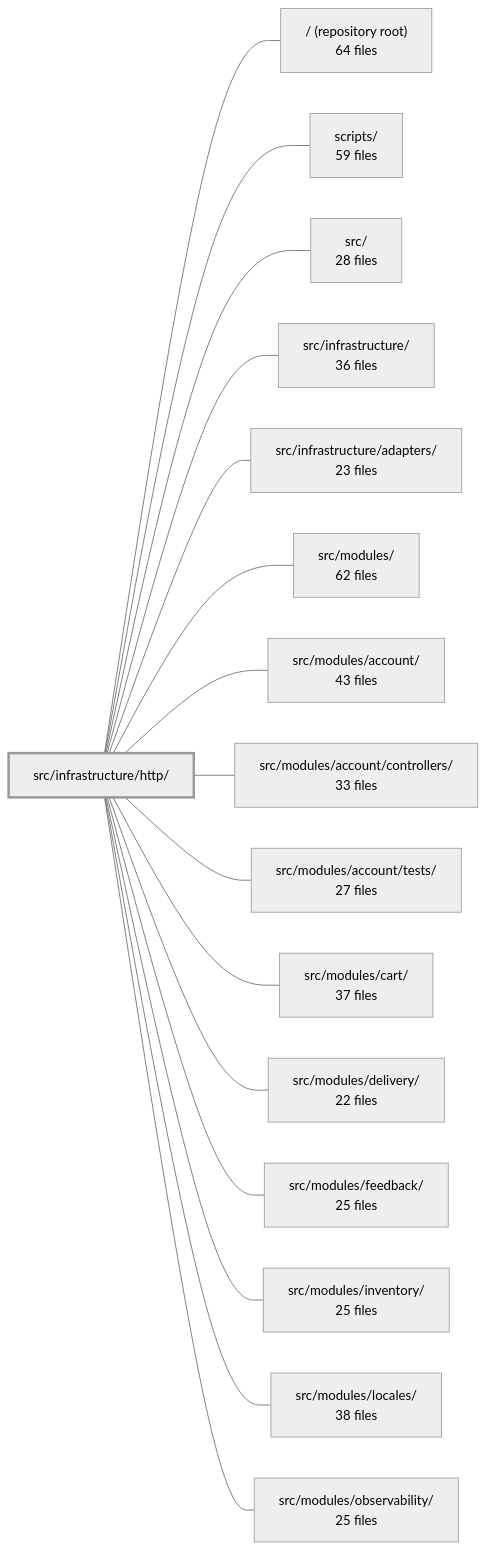
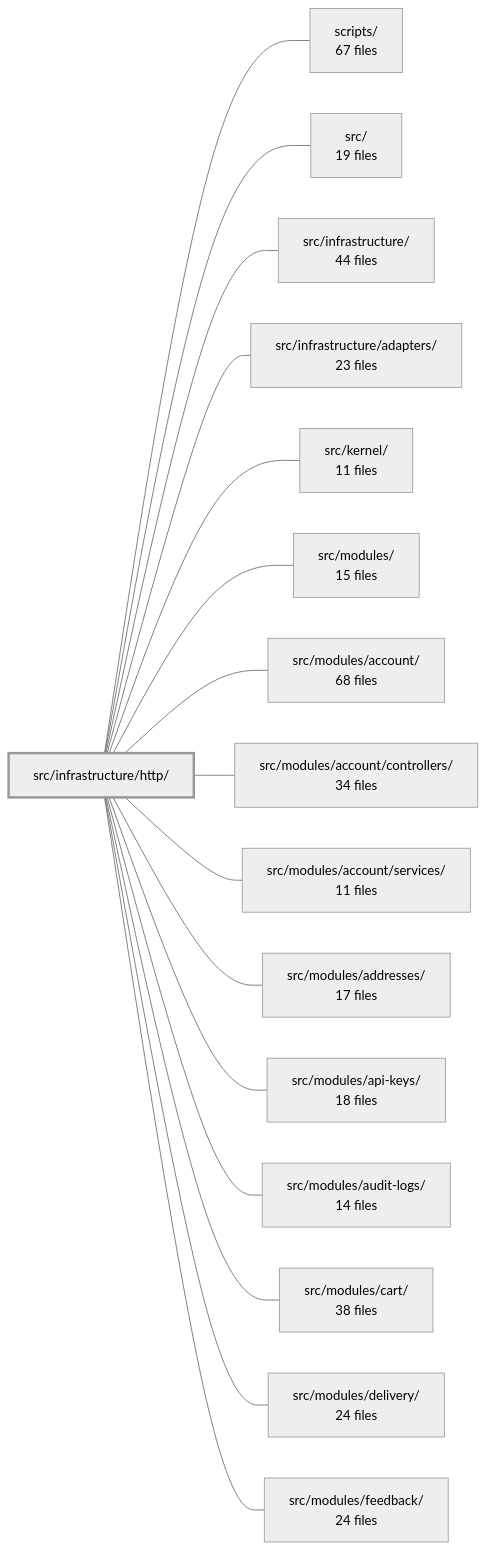
The diagram in .2brain/modules/boilerplate-node-backend_src_infrastructure_http.md (Guebbit/boilerplate-node-backend), drawn with Mermaid (neutral theme) before and after one commit. The commit also changed other lines of this file and 137 other files, not shown here.

````diff
--- a/.2brain/modules/boilerplate-node-backend_src_infrastructure_http.md
+++ b/.2brain/modules/boilerplate-node-backend_src_infrastructure_http.md
@@ -43,35 +41,35 @@
 ```mermaid
 flowchart LR
     m_src_infrastructure_http["src/infrastructure/http/"]
-    m_root["/ (repository root)<br/>64 files"]
-    m_scripts["scripts/<br/>59 files"]
-    m_src["src/<br/>28 files"]
-    m_src_infrastructure["src/infrastructure/<br/>36 files"]
+    m_scripts["scripts/<br/>67 files"]
+    m_src["src/<br/>19 files"]
+    m_src_infrastructure["src/infrastructure/<br/>44 files"]
     m_src_infrastructure_adapters["src/infrastructure/adapters/<br/>23 files"]
-    m_src_modules["src/modules/<br/>62 files"]
-    m_src_modules_account["src/modules/account/<br/>43 files"]
-    m_src_modules_account_controllers["src/modules/account/controllers/<br/>33 files"]
-    m_src_modules_account_tests["src/modules/account/tests/<br/>27 files"]
-    m_src_modules_cart["src/modules/cart/<br/>37 files"]
-    m_src_modules_delivery["src/modules/delivery/<br/>22 files"]
-    m_src_modules_feedback["src/modules/feedback/<br/>25 files"]
-    m_src_modules_inventory["src/modules/inventory/<br/>25 files"]
-    m_src_modules_locales["src/modules/locales/<br/>38 files"]
-    m_src_modules_observability["src/modules/observability/<br/>25 files"]
-    m_src_infrastructure_http --- m_root
+    m_src_kernel["src/kernel/<br/>11 files"]
+    m_src_modules["src/modules/<br/>15 files"]
+    m_src_modules_account["src/modules/account/<br/>68 files"]
+    m_src_modules_account_controllers["src/modules/account/controllers/<br/>34 files"]
+    m_src_modules_account_services["src/modules/account/services/<br/>11 files"]
+    m_src_modules_addresses["src/modules/addresses/<br/>17 files"]
+    m_src_modules_api_keys["src/modules/api-keys/<br/>18 files"]
+    m_src_modules_audit_logs["src/modules/audit-logs/<br/>14 files"]
+    m_src_modules_cart["src/modules/cart/<br/>38 files"]
+    m_src_modules_delivery["src/modules/delivery/<br/>24 files"]
+    m_src_modules_feedback["src/modules/feedback/<br/>24 files"]
     m_src_infrastructure_http --- m_scripts
     m_src_infrastructure_http --- m_src
     m_src_infrastructure_http --- m_src_infrastructure
     m_src_infrastructure_http --- m_src_infrastructure_adapters
+    m_src_infrastructure_http --- m_src_kernel
     m_src_infrastructure_http --- m_src_modules
     m_src_infrastructure_http --- m_src_modules_account
     m_src_infrastructure_http --- m_src_modules_account_controllers
-    m_src_infrastructure_http --- m_src_modules_account_tests
+    m_src_infrastructure_http --- m_src_modules_account_services
+    m_src_infrastructure_http --- m_src_modules_addresses
+    m_src_infrastructure_http --- m_src_modules_api_keys
+    m_src_infrastructure_http --- m_src_modules_audit_logs
     m_src_infrastructure_http --- m_src_modules_cart
     m_src_infrastructure_http --- m_src_modules_delivery
     m_src_infrastructure_http --- m_src_modules_feedback
-    m_src_infrastructure_http --- m_src_modules_inventory
-    m_src_infrastructure_http --- m_src_modules_locales
-    m_src_infrastructure_http --- m_src_modules_observability
     style m_src_infrastructure_http stroke-width:3px
 ```
````
